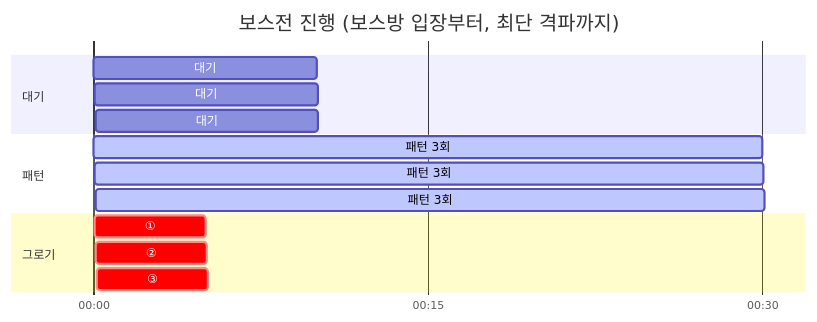
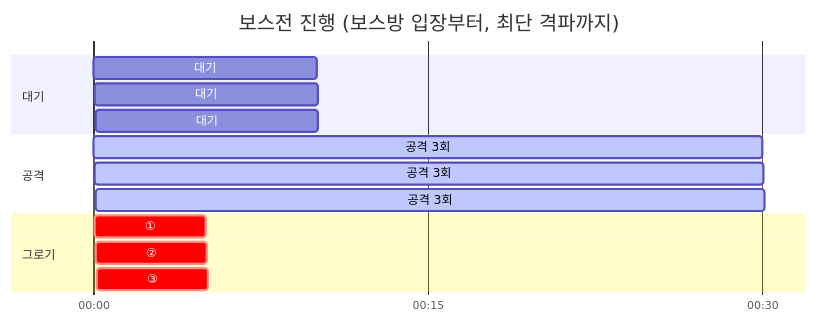
One commit to krKooHoo/portfolio-template changed the eighth of 9 diagrams in src/Shifter/Shifter_기술문서.md. Above: the diagram before and after it, drawn with Mermaid. The commit also changed other lines of this file and 2 other files, not shown here.

````diff
--- a/src/Shifter/Shifter_기술문서.md
+++ b/src/Shifter/Shifter_기술문서.md
@@ -846,21 +855,21 @@
 ```mermaid
 %%{init: {"gantt": {"displayMode": "compact", "useWidth": 760}}}%%
 gantt
     title 보스전 진행 (보스방 입장부터, 최단 격파까지)
     dateFormat X
     axisFormat %M:%S
     tickInterval 15second
     todayMarker off
     section 대기
     대기 : w1, 0, 10s
     대기 : w2, 45, 10s
     대기 : w3, 90, 10s
-    section 패턴
-    패턴 3회 : active, p1, 10, 30s
-    패턴 3회 : active, p2, 55, 30s
-    패턴 3회 : active, p3, 100, 30s
+    section 공격
+    공격 3회 : active, p1, 10, 30s
+    공격 3회 : active, p2, 55, 30s
+    공격 3회 : active, p3, 100, 30s
     section 그로기
     ① : crit, g1, 40, 5s
     ② : crit, g2, 85, 5s
     ③ : crit, g3, 130, 5s
 ```
````
